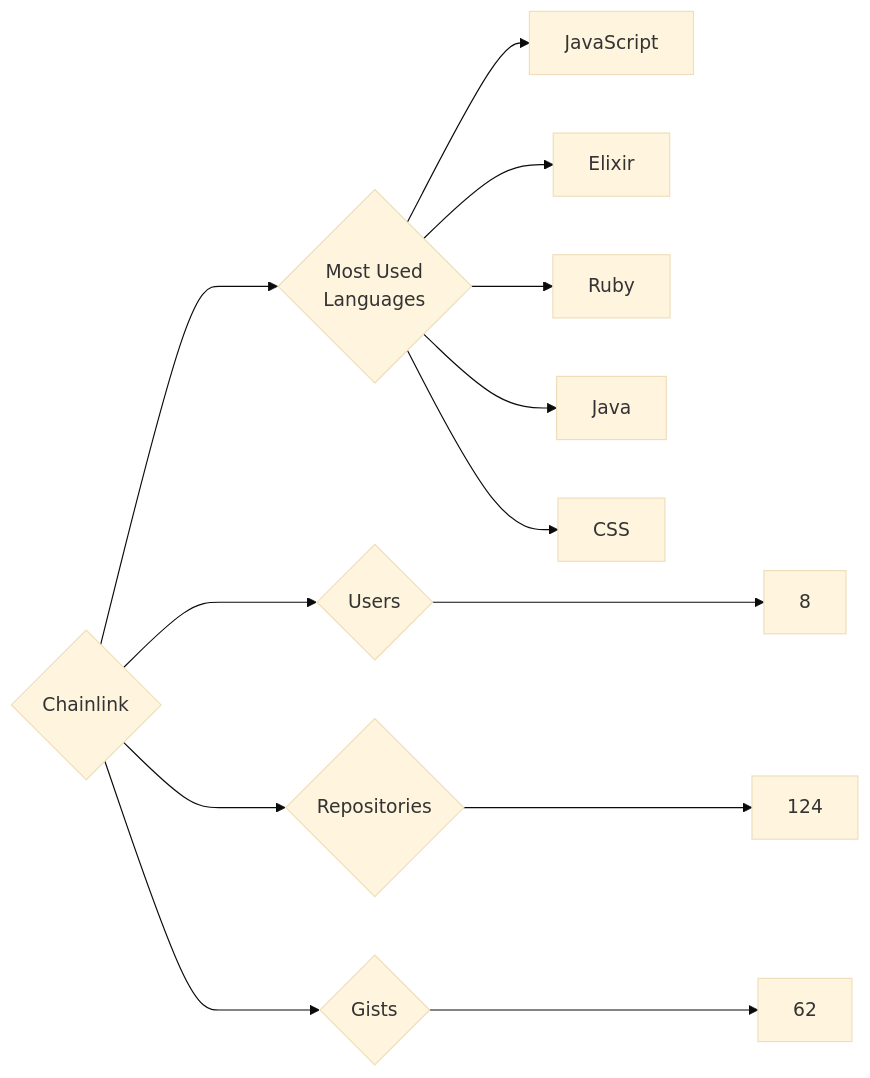
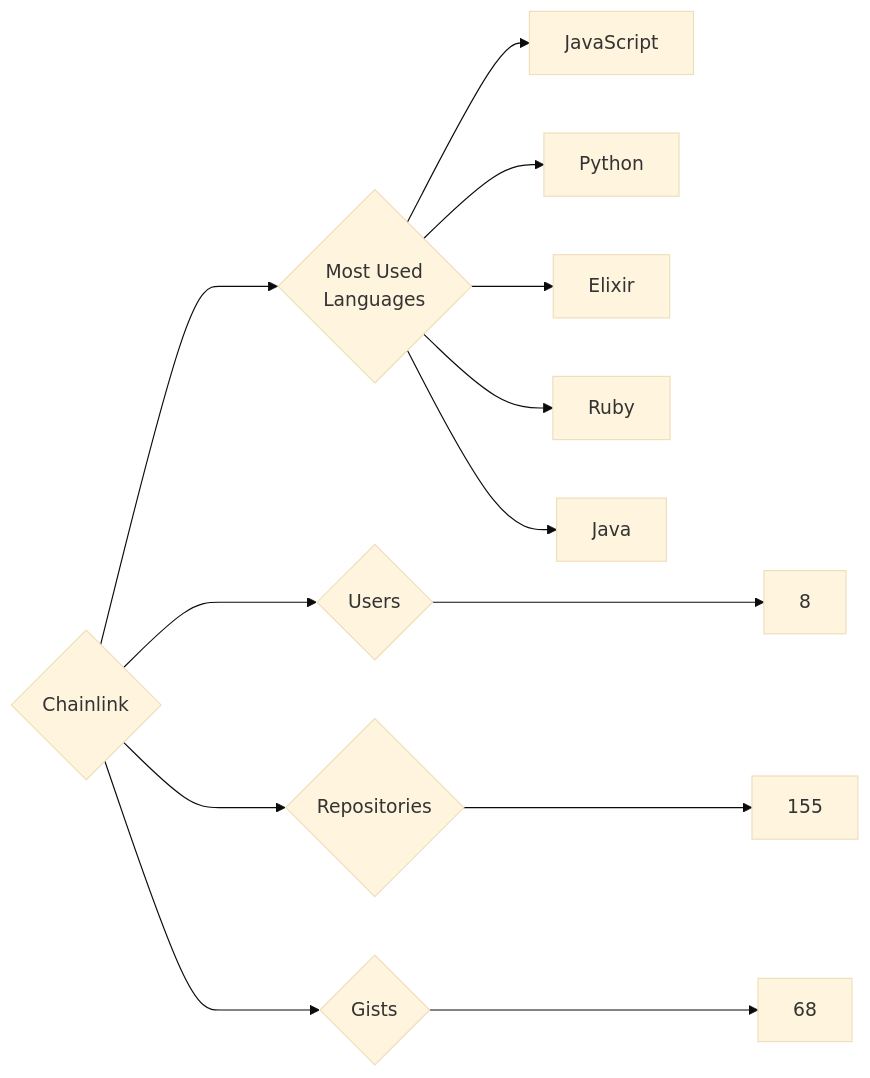
The diagram in targets/Chainlink/README.md (trickest/insiders), drawn with Mermaid (base theme) before and after one commit. The commit also changed 1175 other files, not shown here.

````diff
--- a/targets/Chainlink/README.md
+++ b/targets/Chainlink/README.md
@@ -3,13 +3,13 @@
 ```mermaid
 graph LR
 COMPANY_NAME{Chainlink}
 COMPANY_NAME ---> U{Users} ---> UN[8]
-COMPANY_NAME ---> R{Repositories} ---> RN[124]
-COMPANY_NAME ---> G{Gists} ---> GN[62]
+COMPANY_NAME ---> R{Repositories} ---> RN[155]
+COMPANY_NAME ---> G{Gists} ---> GN[68]
 COMPANY_NAME ---> ML{Most Used<br>Languages}
 ML --> JavaScript[JavaScript]
+ML --> Python[Python]
 ML --> Elixir[Elixir]
 ML --> Ruby[Ruby]
 ML --> Java[Java]
-ML --> CSS[CSS]
 ```
````
